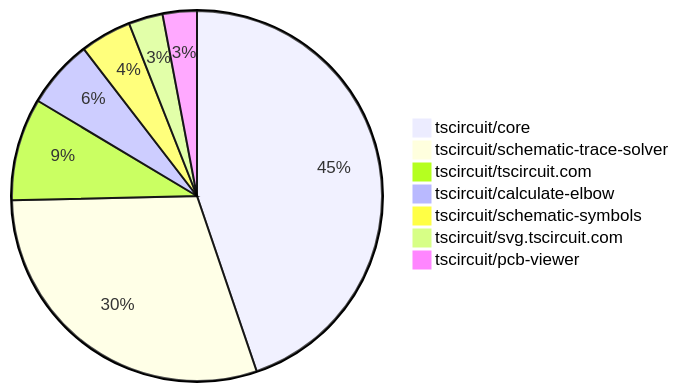
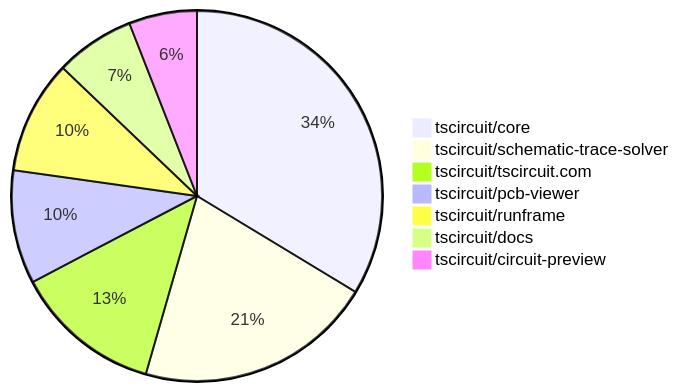
Before and after one commit to tscircuit/contribution-tracker: the second of 2 diagrams in README.md, drawn with Mermaid. The commit also changed other lines of this file and 3 other files, not shown here.

````diff
--- a/README.md
+++ b/README.md
@@ -96,10 +104,10 @@
 ```mermaid
 pie
-    "tscircuit/core" : 30
-    "tscircuit/schematic-trace-solver" : 20
-    "tscircuit/tscircuit.com" : 6
-    "tscircuit/calculate-elbow" : 4
-    "tscircuit/schematic-symbols" : 3
-    "tscircuit/svg.tscircuit.com" : 2
-    "tscircuit/pcb-viewer" : 2
+    "tscircuit/core" : 34
+    "tscircuit/schematic-trace-solver" : 21
+    "tscircuit/tscircuit.com" : 13
+    "tscircuit/pcb-viewer" : 10
+    "tscircuit/runframe" : 10
+    "tscircuit/docs" : 7
+    "tscircuit/circuit-preview" : 6
 ```
````
